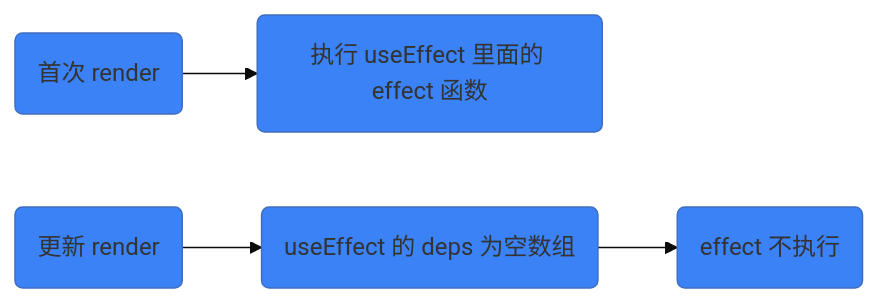
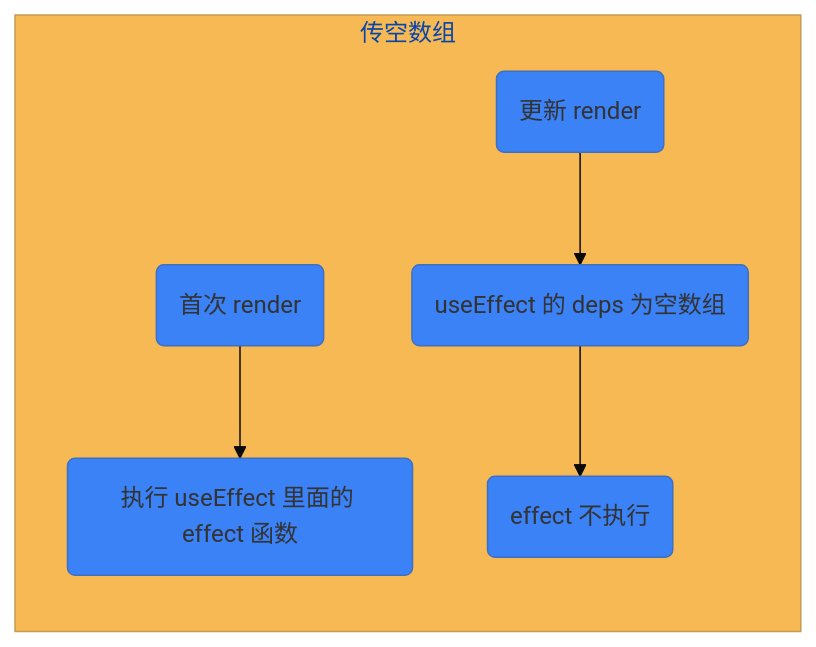
Before and after one commit to WHF293/whf-hooks-analysis: the third of 7 diagrams in hooks/react-hooks.md, drawn with Mermaid. The commit also changed other lines of this file and 7 other files, not shown here.

````diff
--- a/hooks/react-hooks.md
+++ b/hooks/react-hooks.md
@@ -181,7 +187,9 @@
 ```mermaid
 %%{init: {'theme': 'base', 'themeVariables': { 'primaryColor': '#3b82f6'}}}%%
 flowchart LR
-	A(首次 render) --> B(执行 useEffect 里面的 effect 函数)
-	C(更新 render) --> D(useEffect 的 deps 为空数组)
-	D --> END(effect 不执行)
+  subgraph 传空数组
+    A(首次 render) --> B(执行 useEffect 里面的 effect 函数)
+    C(更新 render) --> D(useEffect 的 deps 为空数组)
+    D --> END(effect 不执行)
+  end
 ```
````
